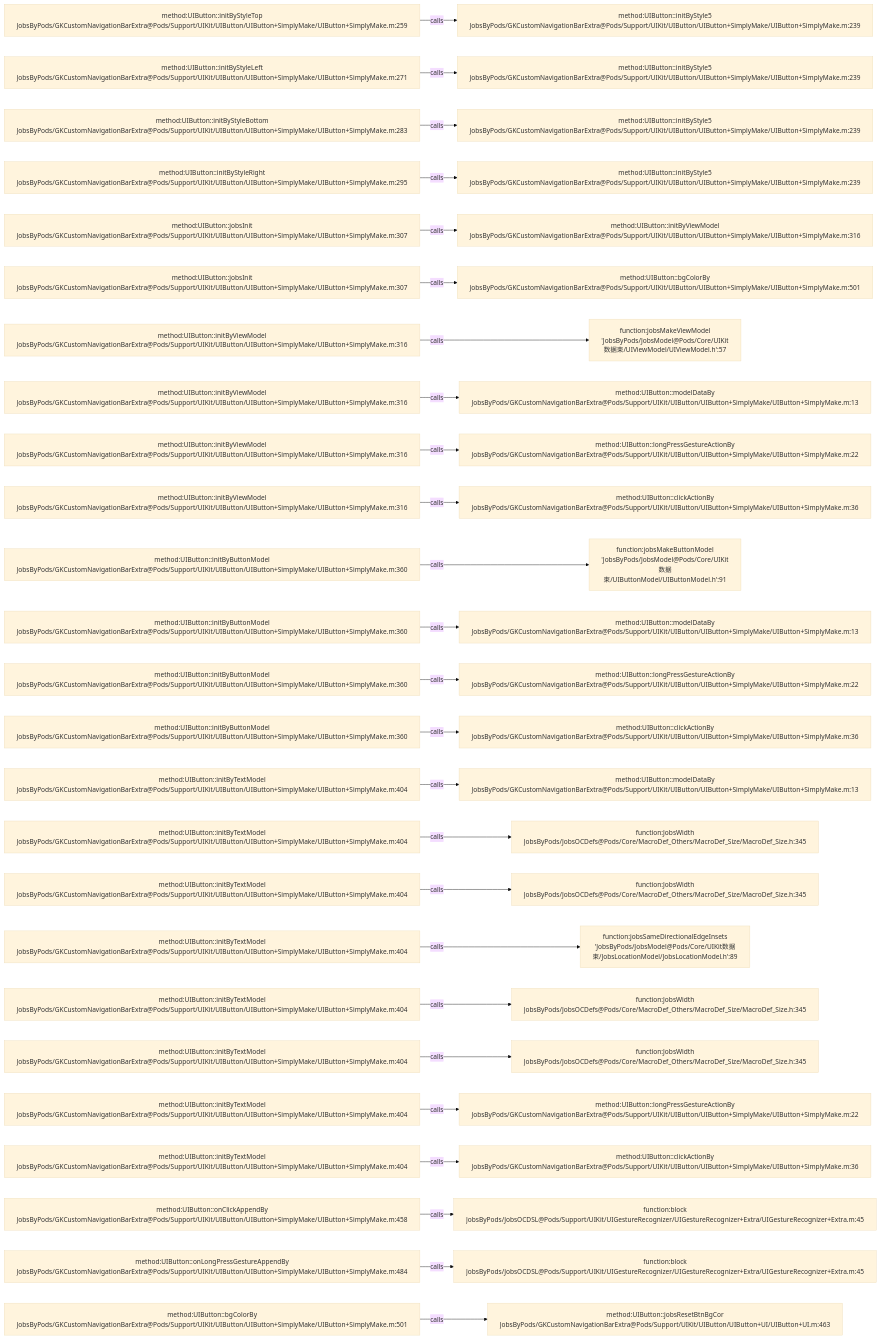
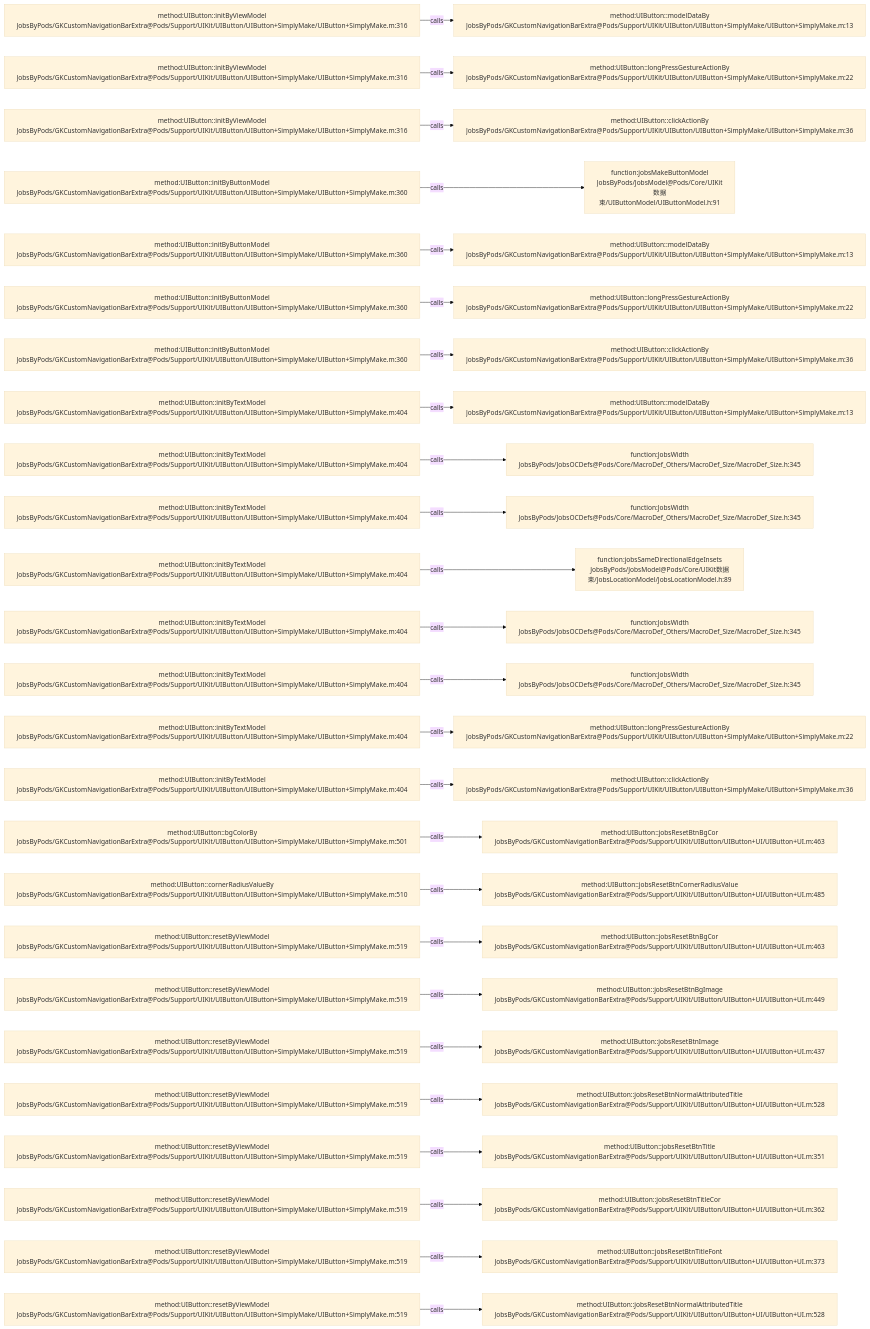
The diagram in .codegraph/codegraph.md/graphs/calls-024.md (JobsKits/JobsOCBaseConfigDemo), drawn with Mermaid (base theme) before and after one commit. The commit also changed 223 other files, not shown here.

````diff
--- a/.codegraph/codegraph.md/graphs/calls-024.md
+++ b/.codegraph/codegraph.md/graphs/calls-024.md
@@ -13,78 +13,78 @@
 ```mermaid
 flowchart LR
-  S1["method:UIButton::initByStyleTop<br/>JobsByPods/GKCustomNavigationBarExtra@Pods/Support/UIKit/UIButton/UIButton+SimplyMake/UIButton+SimplyMake.m:259"]
-  T1["method:UIButton::initByStyle5<br/>JobsByPods/GKCustomNavigationBarExtra@Pods/Support/UIKit/UIButton/UIButton+SimplyMake/UIButton+SimplyMake.m:239"]
+  S1["method:UIButton::initByViewModel<br/>JobsByPods/GKCustomNavigationBarExtra@Pods/Support/UIKit/UIButton/UIButton+SimplyMake/UIButton+SimplyMake.m:316"]
+  T1["method:UIButton::modelDataBy<br/>JobsByPods/GKCustomNavigationBarExtra@Pods/Support/UIKit/UIButton/UIButton+SimplyMake/UIButton+SimplyMake.m:13"]
   S1 -->|calls| T1
-  S2["method:UIButton::initByStyleLeft<br/>JobsByPods/GKCustomNavigationBarExtra@Pods/Support/UIKit/UIButton/UIButton+SimplyMake/UIButton+SimplyMake.m:271"]
-  T2["method:UIButton::initByStyle5<br/>JobsByPods/GKCustomNavigationBarExtra@Pods/Support/UIKit/UIButton/UIButton+SimplyMake/UIButton+SimplyMake.m:239"]
+  S2["method:UIButton::initByViewModel<br/>JobsByPods/GKCustomNavigationBarExtra@Pods/Support/UIKit/UIButton/UIButton+SimplyMake/UIButton+SimplyMake.m:316"]
+  T2["method:UIButton::longPressGestureActionBy<br/>JobsByPods/GKCustomNavigationBarExtra@Pods/Support/UIKit/UIButton/UIButton+SimplyMake/UIButton+SimplyMake.m:22"]
   S2 -->|calls| T2
-  S3["method:UIButton::initByStyleBottom<br/>JobsByPods/GKCustomNavigationBarExtra@Pods/Support/UIKit/UIButton/UIButton+SimplyMake/UIButton+SimplyMake.m:283"]
-  T3["method:UIButton::initByStyle5<br/>JobsByPods/GKCustomNavigationBarExtra@Pods/Support/UIKit/UIButton/UIButton+SimplyMake/UIButton+SimplyMake.m:239"]
+  S3["method:UIButton::initByViewModel<br/>JobsByPods/GKCustomNavigationBarExtra@Pods/Support/UIKit/UIButton/UIButton+SimplyMake/UIButton+SimplyMake.m:316"]
+  T3["method:UIButton::clickActionBy<br/>JobsByPods/GKCustomNavigationBarExtra@Pods/Support/UIKit/UIButton/UIButton+SimplyMake/UIButton+SimplyMake.m:36"]
   S3 -->|calls| T3
-  S4["method:UIButton::initByStyleRight<br/>JobsByPods/GKCustomNavigationBarExtra@Pods/Support/UIKit/UIButton/UIButton+SimplyMake/UIButton+SimplyMake.m:295"]
-  T4["method:UIButton::initByStyle5<br/>JobsByPods/GKCustomNavigationBarExtra@Pods/Support/UIKit/UIButton/UIButton+SimplyMake/UIButton+SimplyMake.m:239"]
+  S4["method:UIButton::initByButtonModel<br/>JobsByPods/GKCustomNavigationBarExtra@Pods/Support/UIKit/UIButton/UIButton+SimplyMake/UIButton+SimplyMake.m:360"]
+  T4["function:jobsMakeButtonModel<br/>JobsByPods/JobsModel@Pods/Core/UIKit数据束/UIButtonModel/UIButtonModel.h:91"]
   S4 -->|calls| T4
-  S5["method:UIButton::jobsInit<br/>JobsByPods/GKCustomNavigationBarExtra@Pods/Support/UIKit/UIButton/UIButton+SimplyMake/UIButton+SimplyMake.m:307"]
-  T5["method:UIButton::initByViewModel<br/>JobsByPods/GKCustomNavigationBarExtra@Pods/Support/UIKit/UIButton/UIButton+SimplyMake/UIButton+SimplyMake.m:316"]
+  S5["method:UIButton::initByButtonModel<br/>JobsByPods/GKCustomNavigationBarExtra@Pods/Support/UIKit/UIButton/UIButton+SimplyMake/UIButton+SimplyMake.m:360"]
+  T5["method:UIButton::modelDataBy<br/>JobsByPods/GKCustomNavigationBarExtra@Pods/Support/UIKit/UIButton/UIButton+SimplyMake/UIButton+SimplyMake.m:13"]
   S5 -->|calls| T5
-  S6["method:UIButton::jobsInit<br/>JobsByPods/GKCustomNavigationBarExtra@Pods/Support/UIKit/UIButton/UIButton+SimplyMake/UIButton+SimplyMake.m:307"]
-  T6["method:UIButton::bgColorBy<br/>JobsByPods/GKCustomNavigationBarExtra@Pods/Support/UIKit/UIButton/UIButton+SimplyMake/UIButton+SimplyMake.m:501"]
+  S6["method:UIButton::initByButtonModel<br/>JobsByPods/GKCustomNavigationBarExtra@Pods/Support/UIKit/UIButton/UIButton+SimplyMake/UIButton+SimplyMake.m:360"]
+  T6["method:UIButton::longPressGestureActionBy<br/>JobsByPods/GKCustomNavigationBarExtra@Pods/Support/UIKit/UIButton/UIButton+SimplyMake/UIButton+SimplyMake.m:22"]
   S6 -->|calls| T6
-  S7["method:UIButton::initByViewModel<br/>JobsByPods/GKCustomNavigationBarExtra@Pods/Support/UIKit/UIButton/UIButton+SimplyMake/UIButton+SimplyMake.m:316"]
-  T7["function:jobsMakeViewModel<br/>'JobsByPods/JobsModel@Pods/Core/UIKit数据束/UIViewModel/UIViewModel.h':57"]
+  S7["method:UIButton::initByButtonModel<br/>JobsByPods/GKCustomNavigationBarExtra@Pods/Support/UIKit/UIButton/UIButton+SimplyMake/UIButton+SimplyMake.m:360"]
+  T7["method:UIButton::clickActionBy<br/>JobsByPods/GKCustomNavigationBarExtra@Pods/Support/UIKit/UIButton/UIButton+SimplyMake/UIButton+SimplyMake.m:36"]
   S7 -->|calls| T7
-  S8["method:UIButton::initByViewModel<br/>JobsByPods/GKCustomNavigationBarExtra@Pods/Support/UIKit/UIButton/UIButton+SimplyMake/UIButton+SimplyMake.m:316"]
+  S8["method:UIButton::initByTextModel<br/>JobsByPods/GKCustomNavigationBarExtra@Pods/Support/UIKit/UIButton/UIButton+SimplyMake/UIButton+SimplyMake.m:404"]
   T8["method:UIButton::modelDataBy<br/>JobsByPods/GKCustomNavigationBarExtra@Pods/Support/UIKit/UIButton/UIButton+SimplyMake/UIButton+SimplyMake.m:13"]
   S8 -->|calls| T8
-  S9["method:UIButton::initByViewModel<br/>JobsByPods/GKCustomNavigationBarExtra@Pods/Support/UIKit/UIButton/UIButton+SimplyMake/UIButton+SimplyMake.m:316"]
-  T9["method:UIButton::longPressGestureActionBy<br/>JobsByPods/GKCustomNavigationBarExtra@Pods/Support/UIKit/UIButton/UIButton+SimplyMake/UIButton+SimplyMake.m:22"]
+  S9["method:UIButton::initByTextModel<br/>JobsByPods/GKCustomNavigationBarExtra@Pods/Support/UIKit/UIButton/UIButton+SimplyMake/UIButton+SimplyMake.m:404"]
+  T9["function:JobsWidth<br/>JobsByPods/JobsOCDefs@Pods/Core/MacroDef_Others/MacroDef_Size/MacroDef_Size.h:345"]
   S9 -->|calls| T9
-  S10["method:UIButton::initByViewModel<br/>JobsByPods/GKCustomNavigationBarExtra@Pods/Support/UIKit/UIButton/UIButton+SimplyMake/UIButton+SimplyMake.m:316"]
-  T10["method:UIButton::clickActionBy<br/>JobsByPods/GKCustomNavigationBarExtra@Pods/Support/UIKit/UIButton/UIButton+SimplyMake/UIButton+SimplyMake.m:36"]
+  S10["method:UIButton::initByTextModel<br/>JobsByPods/GKCustomNavigationBarExtra@Pods/Support/UIKit/UIButton/UIButton+SimplyMake/UIButton+SimplyMake.m:404"]
+  T10["function:JobsWidth<br/>JobsByPods/JobsOCDefs@Pods/Core/MacroDef_Others/MacroDef_Size/MacroDef_Size.h:345"]
   S10 -->|calls| T10
-  S11["method:UIButton::initByButtonModel<br/>JobsByPods/GKCustomNavigationBarExtra@Pods/Support/UIKit/UIButton/UIButton+SimplyMake/UIButton+SimplyMake.m:360"]
-  T11["function:jobsMakeButtonModel<br/>'JobsByPods/JobsModel@Pods/Core/UIKit数据束/UIButtonModel/UIButtonModel.h':91"]
+  S11["method:UIButton::initByTextModel<br/>JobsByPods/GKCustomNavigationBarExtra@Pods/Support/UIKit/UIButton/UIButton+SimplyMake/UIButton+SimplyMake.m:404"]
+  T11["function:jobsSameDirectionalEdgeInsets<br/>JobsByPods/JobsModel@Pods/Core/UIKit数据束/JobsLocationModel/JobsLocationModel.h:89"]
   S11 -->|calls| T11
-  S12["method:UIButton::initByButtonModel<br/>JobsByPods/GKCustomNavigationBarExtra@Pods/Support/UIKit/UIButton/UIButton+SimplyMake/UIButton+SimplyMake.m:360"]
-  T12["method:UIButton::modelDataBy<br/>JobsByPods/GKCustomNavigationBarExtra@Pods/Support/UIKit/UIButton/UIButton+SimplyMake/UIButton+SimplyMake.m:13"]
+  S12["method:UIButton::initByTextModel<br/>JobsByPods/GKCustomNavigationBarExtra@Pods/Support/UIKit/UIButton/UIButton+SimplyMake/UIButton+SimplyMake.m:404"]
+  T12["function:JobsWidth<br/>JobsByPods/JobsOCDefs@Pods/Core/MacroDef_Others/MacroDef_Size/MacroDef_Size.h:345"]
   S12 -->|calls| T12
-  S13["method:UIButton::initByButtonModel<br/>JobsByPods/GKCustomNavigationBarExtra@Pods/Support/UIKit/UIButton/UIButton+SimplyMake/UIButton+SimplyMake.m:360"]
-  T13["method:UIButton::longPressGestureActionBy<br/>JobsByPods/GKCustomNavigationBarExtra@Pods/Support/UIKit/UIButton/UIButton+SimplyMake/UIButton+SimplyMake.m:22"]
+  S13["method:UIButton::initByTextModel<br/>JobsByPods/GKCustomNavigationBarExtra@Pods/Support/UIKit/UIButton/UIButton+SimplyMake/UIButton+SimplyMake.m:404"]
+  T13["function:JobsWidth<br/>JobsByPods/JobsOCDefs@Pods/Core/MacroDef_Others/MacroDef_Size/MacroDef_Size.h:345"]
   S13 -->|calls| T13
-  S14["method:UIButton::initByButtonModel<br/>JobsByPods/GKCustomNavigationBarExtra@Pods/Support/UIKit/UIButton/UIButton+SimplyMake/UIButton+SimplyMake.m:360"]
-  T14["method:UIButton::clickActionBy<br/>JobsByPods/GKCustomNavigationBarExtra@Pods/Support/UIKit/UIButton/UIButton+SimplyMake/UIButton+SimplyMake.m:36"]
+  S14["method:UIButton::initByTextModel<br/>JobsByPods/GKCustomNavigationBarExtra@Pods/Support/UIKit/UIButton/UIButton+SimplyMake/UIButton+SimplyMake.m:404"]
+  T14["method:UIButton::longPressGestureActionBy<br/>JobsByPods/GKCustomNavigationBarExtra@Pods/Support/UIKit/UIButton/UIButton+SimplyMake/UIButton+SimplyMake.m:22"]
   S14 -->|calls| T14
   S15["method:UIButton::initByTextModel<br/>JobsByPods/GKCustomNavigationBarExtra@Pods/Support/UIKit/UIButton/UIButton+SimplyMake/UIButton+SimplyMake.m:404"]
-  T15["method:UIButton::modelDataBy<br/>JobsByPods/GKCustomNavigationBarExtra@Pods/Support/UIKit/UIButton/UIButton+SimplyMake/UIButton+SimplyMake.m:13"]
+  T15["method:UIButton::clickActionBy<br/>JobsByPods/GKCustomNavigationBarExtra@Pods/Support/UIKit/UIButton/UIButton+SimplyMake/UIButton+SimplyMake.m:36"]
   S15 -->|calls| T15
-  S16["method:UIButton::initByTextModel<br/>JobsByPods/GKCustomNavigationBarExtra@Pods/Support/UIKit/UIButton/UIButton+SimplyMake/UIButton+SimplyMake.m:404"]
-  T16["function:JobsWidth<br/>JobsByPods/JobsOCDefs@Pods/Core/MacroDef_Others/MacroDef_Size/MacroDef_Size.h:345"]
+  S16["method:UIButton::bgColorBy<br/>JobsByPods/GKCustomNavigationBarExtra@Pods/Support/UIKit/UIButton/UIButton+SimplyMake/UIButton+SimplyMake.m:501"]
+  T16["method:UIButton::jobsResetBtnBgCor<br/>JobsByPods/GKCustomNavigationBarExtra@Pods/Support/UIKit/UIButton/UIButton+UI/UIButton+UI.m:463"]
   S16 -->|calls| T16
-  S17["method:UIButton::initByTextModel<br/>JobsByPods/GKCustomNavigationBarExtra@Pods/Support/UIKit/UIButton/UIButton+SimplyMake/UIButton+SimplyMake.m:404"]
-  T17["function:JobsWidth<br/>JobsByPods/JobsOCDefs@Pods/Core/MacroDef_Others/MacroDef_Size/MacroDef_Size.h:345"]
+  S17["method:UIButton::cornerRadiusValueBy<br/>JobsByPods/GKCustomNavigationBarExtra@Pods/Support/UIKit/UIButton/UIButton+SimplyMake/UIButton+SimplyMake.m:510"]
+  T17["method:UIButton::jobsResetBtnCornerRadiusValue<br/>JobsByPods/GKCustomNavigationBarExtra@Pods/Support/UIKit/UIButton/UIButton+UI/UIButton+UI.m:485"]
   S17 -->|calls| T17
-  S18["method:UIButton::initByTextModel<br/>JobsByPods/GKCustomNavigationBarExtra@Pods/Support/UIKit/UIButton/UIButton+SimplyMake/UIButton+SimplyMake.m:404"]
-  T18["function:jobsSameDirectionalEdgeInsets<br/>'JobsByPods/JobsModel@Pods/Core/UIKit数据束/JobsLocationModel/JobsLocationModel.h':89"]
+  S18["method:UIButton::resetByViewModel<br/>JobsByPods/GKCustomNavigationBarExtra@Pods/Support/UIKit/UIButton/UIButton+SimplyMake/UIButton+SimplyMake.m:519"]
+  T18["method:UIButton::jobsResetBtnBgCor<br/>JobsByPods/GKCustomNavigationBarExtra@Pods/Support/UIKit/UIButton/UIButton+UI/UIButton+UI.m:463"]
   S18 -->|calls| T18
-  S19["method:UIButton::initByTextModel<br/>JobsByPods/GKCustomNavigationBarExtra@Pods/Support/UIKit/UIButton/UIButton+SimplyMake/UIButton+SimplyMake.m:404"]
-  T19["function:JobsWidth<br/>JobsByPods/JobsOCDefs@Pods/Core/MacroDef_Others/MacroDef_Size/MacroDef_Size.h:345"]
+  S19["method:UIButton::resetByViewModel<br/>JobsByPods/GKCustomNavigationBarExtra@Pods/Support/UIKit/UIButton/UIButton+SimplyMake/UIButton+SimplyMake.m:519"]
+  T19["method:UIButton::jobsResetBtnBgImage<br/>JobsByPods/GKCustomNavigationBarExtra@Pods/Support/UIKit/UIButton/UIButton+UI/UIButton+UI.m:449"]
   S19 -->|calls| T19
-  S20["method:UIButton::initByTextModel<br/>JobsByPods/GKCustomNavigationBarExtra@Pods/Support/UIKit/UIButton/UIButton+SimplyMake/UIButton+SimplyMake.m:404"]
-  T20["function:JobsWidth<br/>JobsByPods/JobsOCDefs@Pods/Core/MacroDef_Others/MacroDef_Size/MacroDef_Size.h:345"]
+  S20["method:UIButton::resetByViewModel<br/>JobsByPods/GKCustomNavigationBarExtra@Pods/Support/UIKit/UIButton/UIButton+SimplyMake/UIButton+SimplyMake.m:519"]
+  T20["method:UIButton::jobsResetBtnImage<br/>JobsByPods/GKCustomNavigationBarExtra@Pods/Support/UIKit/UIButton/UIButton+UI/UIButton+UI.m:437"]
   S20 -->|calls| T20
-  S21["method:UIButton::initByTextModel<br/>JobsByPods/GKCustomNavigationBarExtra@Pods/Support/UIKit/UIButton/UIButton+SimplyMake/UIButton+SimplyMake.m:404"]
-  T21["method:UIButton::longPressGestureActionBy<br/>JobsByPods/GKCustomNavigationBarExtra@Pods/Support/UIKit/UIButton/UIButton+SimplyMake/UIButton+SimplyMake.m:22"]
+  S21["method:UIButton::resetByViewModel<br/>JobsByPods/GKCustomNavigationBarExtra@Pods/Support/UIKit/UIButton/UIButton+SimplyMake/UIButton+SimplyMake.m:519"]
+  T21["method:UIButton::jobsResetBtnNormalAttributedTitle<br/>JobsByPods/GKCustomNavigationBarExtra@Pods/Support/UIKit/UIButton/UIButton+UI/UIButton+UI.m:528"]
   S21 -->|calls| T21
-  S22["method:UIButton::initByTextModel<br/>JobsByPods/GKCustomNavigationBarExtra@Pods/Support/UIKit/UIButton/UIButton+SimplyMake/UIButton+SimplyMake.m:404"]
-  T22["method:UIButton::clickActionBy<br/>JobsByPods/GKCustomNavigationBarExtra@Pods/Support/UIKit/UIButton/UIButton+SimplyMake/UIButton+SimplyMake.m:36"]
+  S22["method:UIButton::resetByViewModel<br/>JobsByPods/GKCustomNavigationBarExtra@Pods/Support/UIKit/UIButton/UIButton+SimplyMake/UIButton+SimplyMake.m:519"]
+  T22["method:UIButton::jobsResetBtnTitle<br/>JobsByPods/GKCustomNavigationBarExtra@Pods/Support/UIKit/UIButton/UIButton+UI/UIButton+UI.m:351"]
   S22 -->|calls| T22
-  S23["method:UIButton::onClickAppendBy<br/>JobsByPods/GKCustomNavigationBarExtra@Pods/Support/UIKit/UIButton/UIButton+SimplyMake/UIButton+SimplyMake.m:458"]
-  T23["function:block<br/>JobsByPods/JobsOCDSL@Pods/Support/UIKit/UIGestureRecognizer/UIGestureRecognizer+Extra/UIGestureRecognizer+Extra.m:45"]
+  S23["method:UIButton::resetByViewModel<br/>JobsByPods/GKCustomNavigationBarExtra@Pods/Support/UIKit/UIButton/UIButton+SimplyMake/UIButton+SimplyMake.m:519"]
+  T23["method:UIButton::jobsResetBtnTitleCor<br/>JobsByPods/GKCustomNavigationBarExtra@Pods/Support/UIKit/UIButton/UIButton+UI/UIButton+UI.m:362"]
   S23 -->|calls| T23
-  S24["method:UIButton::onLongPressGestureAppendBy<br/>JobsByPods/GKCustomNavigationBarExtra@Pods/Support/UIKit/UIButton/UIButton+SimplyMake/UIButton+SimplyMake.m:484"]
-  T24["function:block<br/>JobsByPods/JobsOCDSL@Pods/Support/UIKit/UIGestureRecognizer/UIGestureRecognizer+Extra/UIGestureRecognizer+Extra.m:45"]
+  S24["method:UIButton::resetByViewModel<br/>JobsByPods/GKCustomNavigationBarExtra@Pods/Support/UIKit/UIButton/UIButton+SimplyMake/UIButton+SimplyMake.m:519"]
+  T24["method:UIButton::jobsResetBtnTitleFont<br/>JobsByPods/GKCustomNavigationBarExtra@Pods/Support/UIKit/UIButton/UIButton+UI/UIButton+UI.m:373"]
   S24 -->|calls| T24
-  S25["method:UIButton::bgColorBy<br/>JobsByPods/GKCustomNavigationBarExtra@Pods/Support/UIKit/UIButton/UIButton+SimplyMake/UIButton+SimplyMake.m:501"]
-  T25["method:UIButton::jobsResetBtnBgCor<br/>JobsByPods/GKCustomNavigationBarExtra@Pods/Support/UIKit/UIButton/UIButton+UI/UIButton+UI.m:463"]
+  S25["method:UIButton::resetByViewModel<br/>JobsByPods/GKCustomNavigationBarExtra@Pods/Support/UIKit/UIButton/UIButton+SimplyMake/UIButton+SimplyMake.m:519"]
+  T25["method:UIButton::jobsResetBtnNormalAttributedTitle<br/>JobsByPods/GKCustomNavigationBarExtra@Pods/Support/UIKit/UIButton/UIButton+UI/UIButton+UI.m:528"]
   S25 -->|calls| T25
 ```
````
